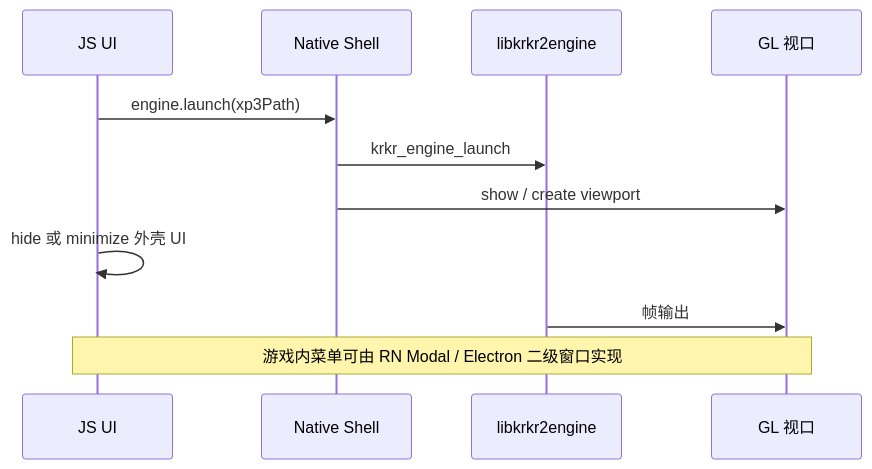
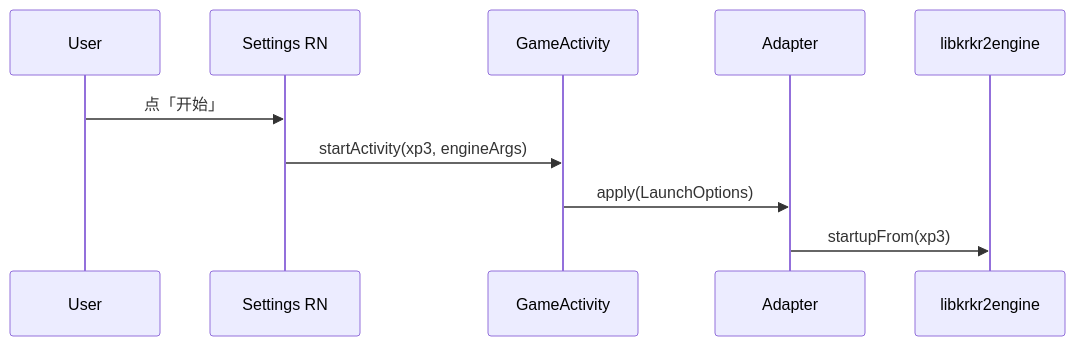
The fourth of 4 diagrams in docs/ui/architecture.md (flosnvjx/krkr2), drawn with Mermaid before and after one commit. The commit also changed other lines of this file and 13 other files, not shown here.

````diff
--- a/docs/ui/architecture.md
+++ b/docs/ui/architecture.md
@@ -155,14 +178,13 @@
 ```mermaid
 sequenceDiagram
-    participant UI as JS UI
-    participant Shell as Native Shell
+    participant User
+    participant RN as Settings RN
+    participant Game as GameActivity
+    participant Ad as Adapter
     participant Eng as libkrkr2engine
-    participant GL as GL 视口
 
-    UI->>Shell: engine.launch(xp3Path)
-    Shell->>Eng: krkr_engine_launch
-    Shell->>GL: show / create viewport
-    UI->>UI: hide 或 minimize 外壳 UI
-    Eng->>GL: 帧输出
-    Note over UI,GL: 游戏内菜单可由 RN Modal / Electron 二级窗口实现
+    User->>RN: 点「开始」
+    RN->>Game: startActivity(xp3, engineArgs)
+    Game->>Ad: apply(LaunchOptions)
+    Ad->>Eng: startupFrom(xp3)
 ```
````
